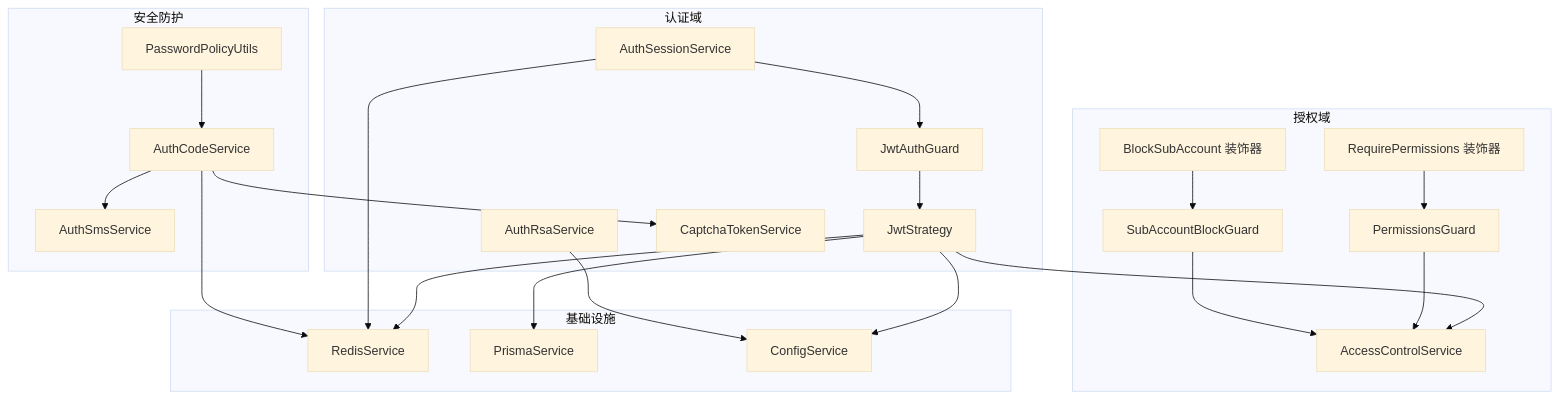
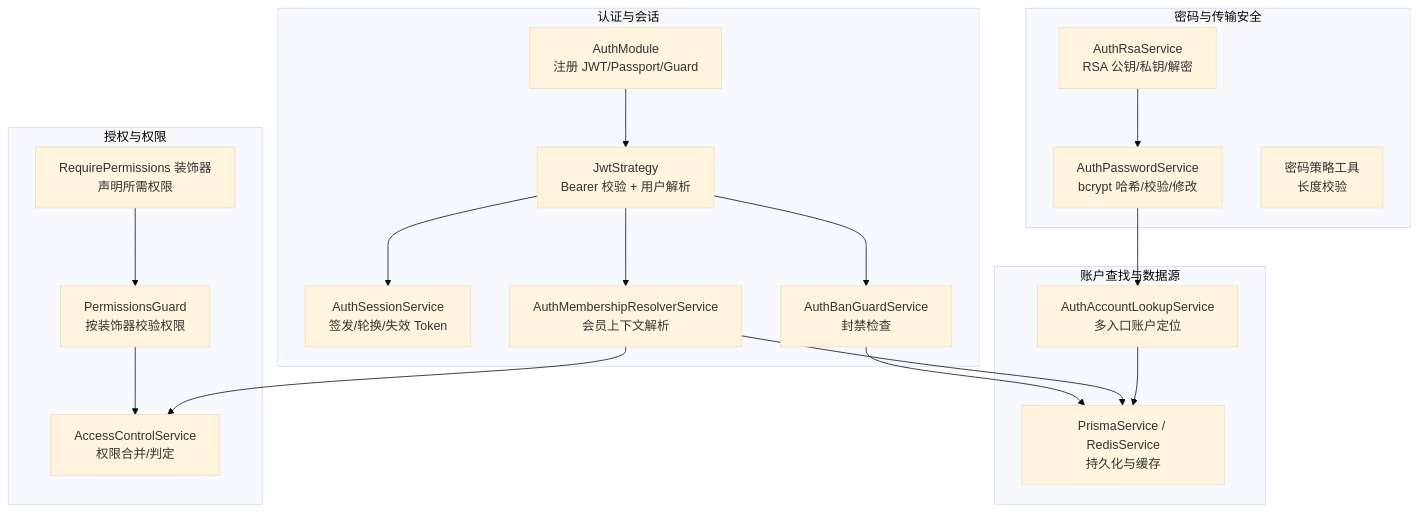
Before and after one commit to rc558620/purelyprofit-server: the first of 7 diagrams in .qoder/repowiki/zh/content/架构设计/安全架构.md, drawn with Mermaid (base theme). The commit also changed other lines of this file and 55 other files, not shown here.

````diff
--- a/.qoder/repowiki/zh/content/架构设计/安全架构.md
+++ b/.qoder/repowiki/zh/content/架构设计/安全架构.md
@@ -79,43 +42,35 @@
 ```mermaid
 graph TB
-subgraph "认证域"
-JWG["JwtAuthGuard"]
-JST["JwtStrategy"]
-ASS["AuthSessionService"]
-ARSA["AuthRsaService"]
-CTS["CaptchaTokenService"]
+subgraph "认证与会话"
+A["AuthModule<br/>注册 JWT/Passport/Guard"]
+B["JwtStrategy<br/>Bearer 校验 + 用户解析"]
+C["AuthSessionService<br/>签发/轮换/失效 Token"]
+D["AuthBanGuardService<br/>封禁检查"]
+E["AuthMembershipResolverService<br/>会员上下文解析"]
 end
-subgraph "授权域"
-ACS["AccessControlService"]
-PG["PermissionsGuard"]
-SABG["SubAccountBlockGuard"]
-RP["RequirePermissions 装饰器"]
-BSA["BlockSubAccount 装饰器"]
+subgraph "授权与权限"
+F["AccessControlService<br/>权限合并/判定"]
+G["PermissionsGuard<br/>按装饰器校验权限"]
+H["RequirePermissions 装饰器<br/>声明所需权限"]
 end
-subgraph "安全防护"
-ACODE["AuthCodeService"]
-PSM["PasswordPolicyUtils"]
-ASMS["AuthSmsService"]
+subgraph "密码与传输安全"
+I["AuthRsaService<br/>RSA 公钥/私钥/解密"]
+J["AuthPasswordService<br/>bcrypt 哈希/校验/修改"]
+K["密码策略工具<br/>长度校验"]
 end
-subgraph "基础设施"
-RDS["RedisService"]
-PRS["PrismaService"]
-CFG["ConfigService"]
+subgraph "账户查找与数据源"
+L["AuthAccountLookupService<br/>多入口账户定位"]
+M["PrismaService / RedisService<br/>持久化与缓存"]
 end
-JWG --> JST
-JST --> ACS
-JST --> RDS
-JST --> PRS
-JST --> CFG
-ASS --> RDS
-ASS --> JWG
-PG --> ACS
-SABG --> ACS
-RP --> PG
-BSA --> SABG
-ARSA --> CFG
-ACODE --> CTS
-ACODE --> ASMS
-ACODE --> RDS
-PSM --> ACODE
+A --> B --> C
+B --> D
+B --> E
+E --> F
+G --> F
+H --> G
+I --> J
+J --> L
+L --> M
+E --> M
+D --> M
 ```
````
